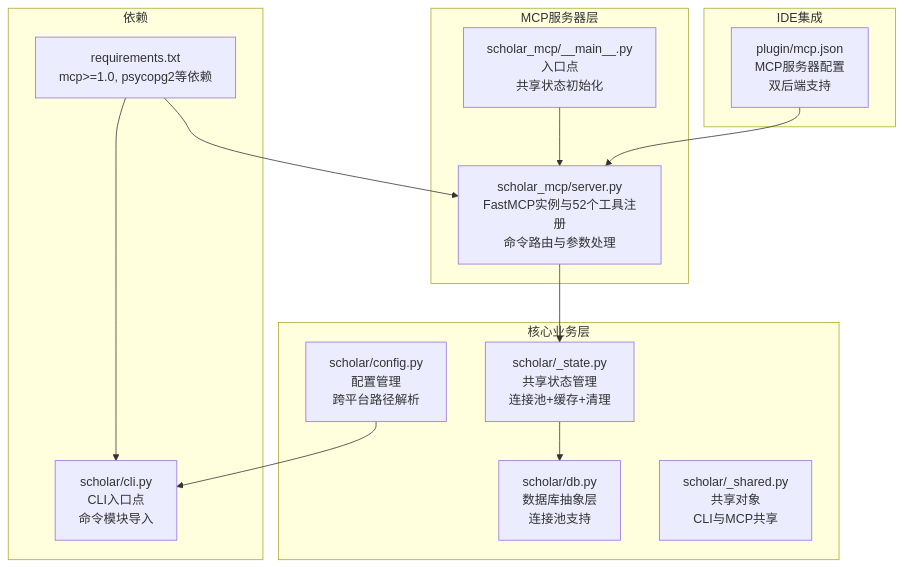
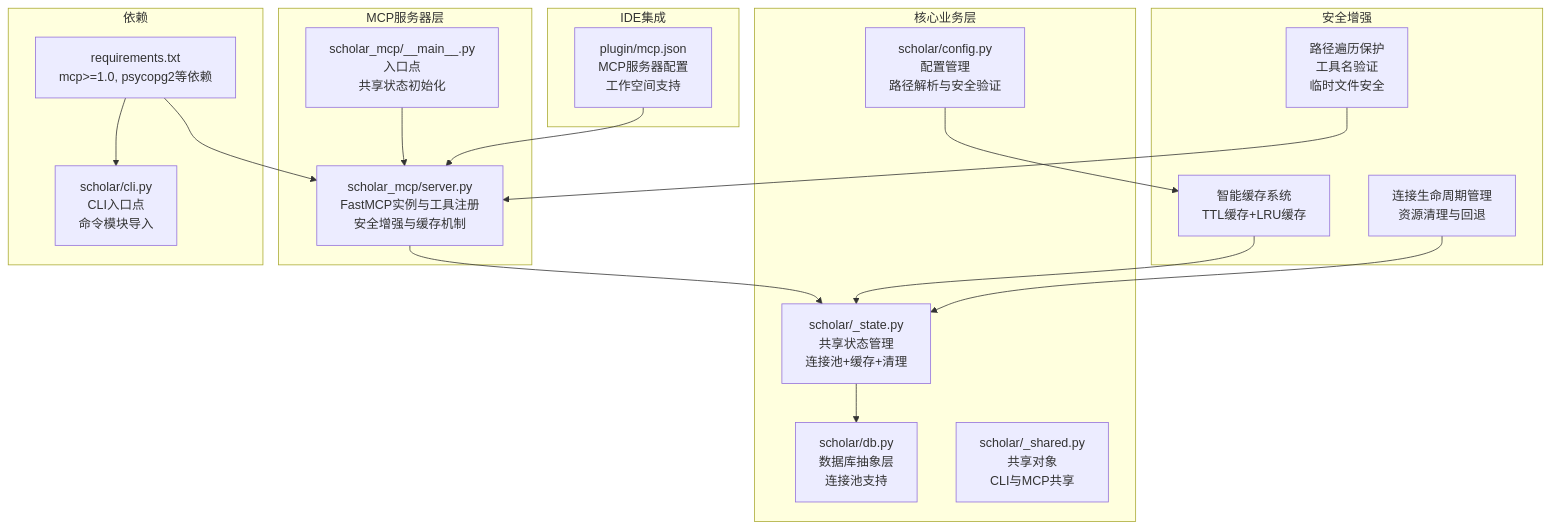
One commit to 1173591564/academic-based-qoder changed the first of 8 diagrams in .qoder/repowiki/zh/content/MCP服务系统/MCP服务器架构.md. Above: the diagram before and after it, drawn with Mermaid. The commit also changed other lines of this file and 110 other files, not shown here.

````diff
--- a/.qoder/repowiki/zh/content/MCP服务系统/MCP服务器架构.md
+++ b/.qoder/repowiki/zh/content/MCP服务系统/MCP服务器架构.md
@@ -56,27 +58,35 @@
 ```mermaid
 graph TB
 subgraph "MCP服务器层"
-A["scholar_mcp/server.py<br/>FastMCP实例与52个工具注册<br/>命令路由与参数处理"]
+A["scholar_mcp/server.py<br/>FastMCP实例与工具注册<br/>安全增强与缓存机制"]
 B["scholar_mcp/__main__.py<br/>入口点<br/>共享状态初始化"]
 end
 subgraph "核心业务层"
 C["scholar/_state.py<br/>共享状态管理<br/>连接池+缓存+清理"]
 D["scholar/db.py<br/>数据库抽象层<br/>连接池支持"]
 E["scholar/_shared.py<br/>共享对象<br/>CLI与MCP共享"]
-F["scholar/config.py<br/>配置管理<br/>跨平台路径解析"]
+F["scholar/config.py<br/>配置管理<br/>路径解析与安全验证"]
 end
 subgraph "IDE集成"
-H["plugin/mcp.json<br/>MCP服务器配置<br/>双后端支持"]
+H["plugin/mcp.json<br/>MCP服务器配置<br/>工作空间支持"]
+end
+subgraph "安全增强"
+I["路径遍历保护<br/>工具名验证<br/>临时文件安全"]
+J["智能缓存系统<br/>TTL缓存+LRU缓存"]
+K["连接生命周期管理<br/>资源清理与回退"]
 end
 subgraph "依赖"
-I["requirements.txt<br/>mcp>=1.0, psycopg2等依赖"]
-J["scholar/cli.py<br/>CLI入口点<br/>命令模块导入"]
+L["requirements.txt<br/>mcp>=1.0, psycopg2等依赖"]
+M["scholar/cli.py<br/>CLI入口点<br/>命令模块导入"]
 end
 A --> C
 B --> A
 C --> D
 F --> J
 H --> A
 I --> A
-I --> J
+J --> C
+K --> C
+L --> A
+L --> M
 ```
````
